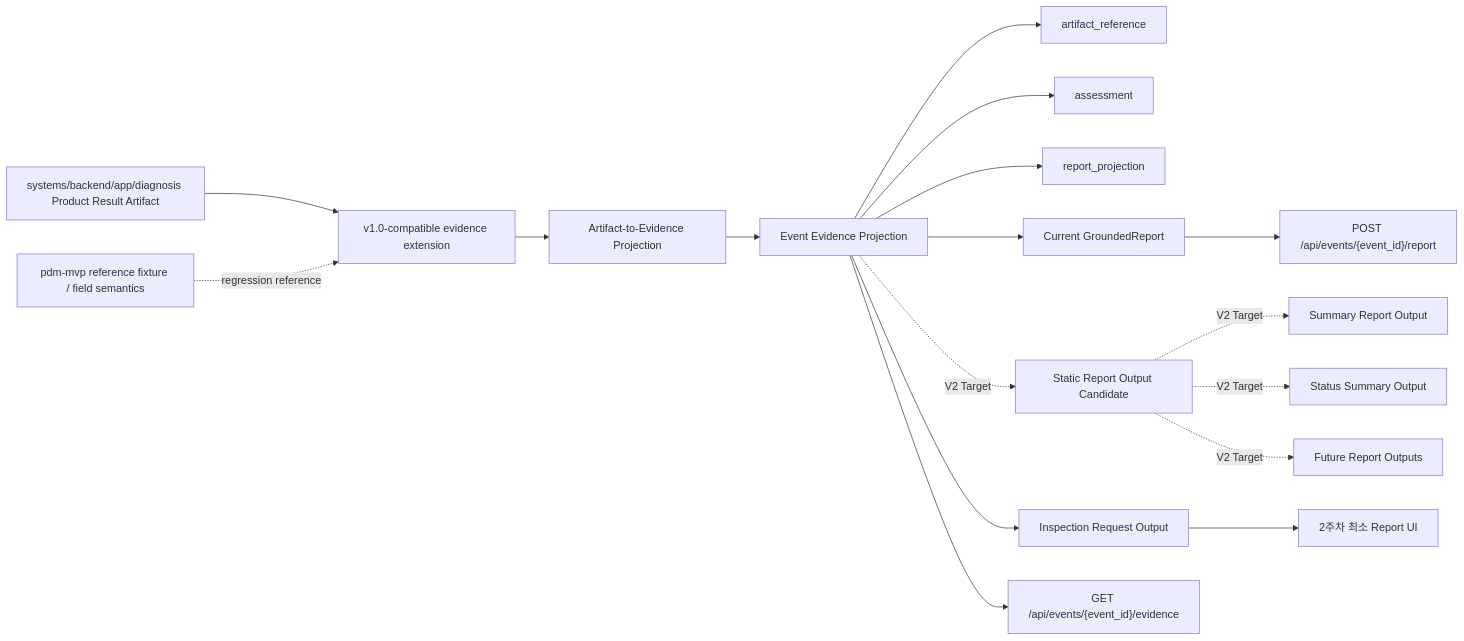
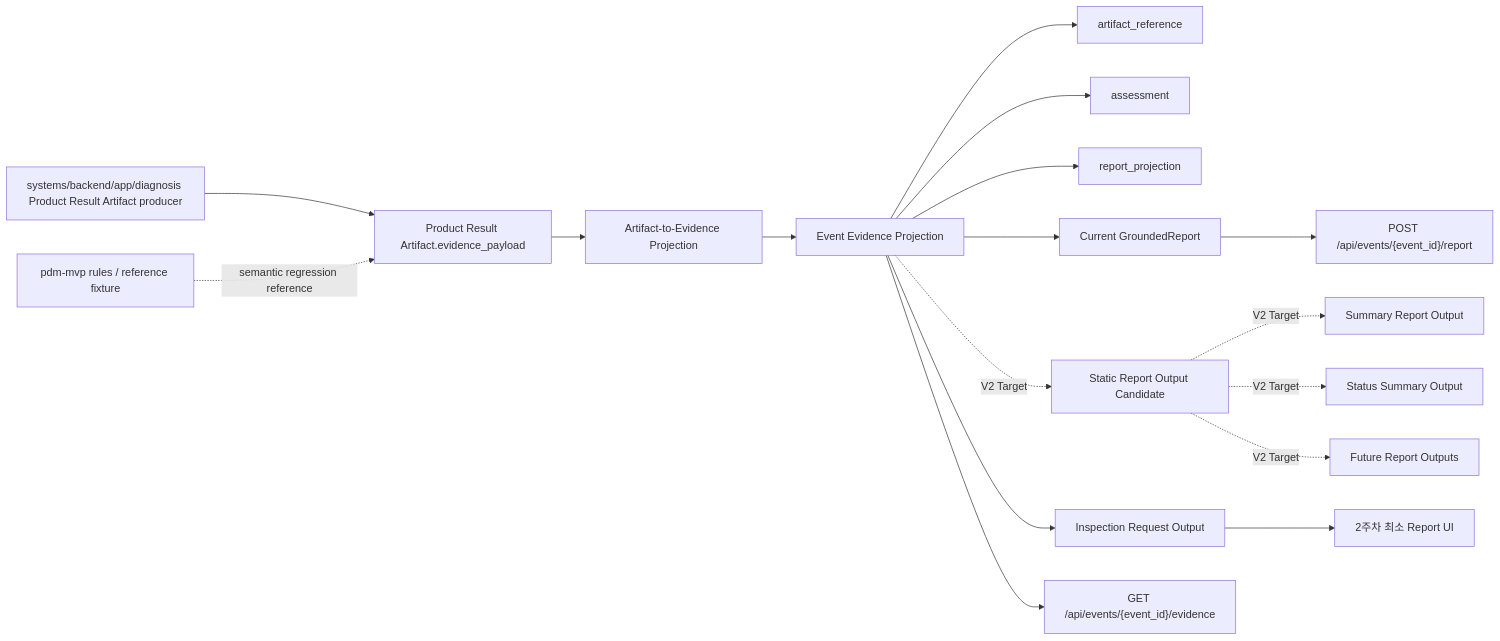
One commit to Biz-CollabCraft/ontology_dashboard changed the third of 4 diagrams in docs/mentoring-mvp-2026-08/pdm-evidence-report-ui-integration-plan.md. Above: the diagram before and after it, drawn with Mermaid. The commit also changed other lines of this file, not shown here.

Commit message:
docs: clarify producer-side evidence enrichment plan

````diff
--- a/docs/mentoring-mvp-2026-08/pdm-evidence-report-ui-integration-plan.md
+++ b/docs/mentoring-mvp-2026-08/pdm-evidence-report-ui-integration-plan.md
@@ -66,19 +114,19 @@
 ```mermaid
 flowchart LR
-  A["systems/backend/app/diagnosis Product Result Artifact"] --> X["v1.0-compatible evidence extension"]
-  R["pdm-mvp reference fixture / field semantics"] -. "regression reference" .-> X
+  A["systems/backend/app/diagnosis Product Result Artifact producer"] --> X["Product Result Artifact.evidence_payload"]
+  R["pdm-mvp rules / reference fixture"] -. "semantic regression reference" .-> X
   X --> B["Artifact-to-Evidence Projection"]
   B --> C["Event Evidence Projection"]
   C --> C1["artifact_reference"]
   C --> C2["assessment"]
   C --> C3["report_projection"]
   C --> D["Current GroundedReport"]
   C -. "V2 Target" .-> E["Static Report Output Candidate"]
   E -. "V2 Target" .-> F["Summary Report Output"]
   C --> G["Inspection Request Output"]
   E -. "V2 Target" .-> H["Status Summary Output"]
   E -. "V2 Target" .-> L["Future Report Outputs"]
   C --> I["GET /api/events/{event_id}/evidence"]
   D --> J["POST /api/events/{event_id}/report"]
   G --> K["2주차 최소 Report UI"]
 ```
````
